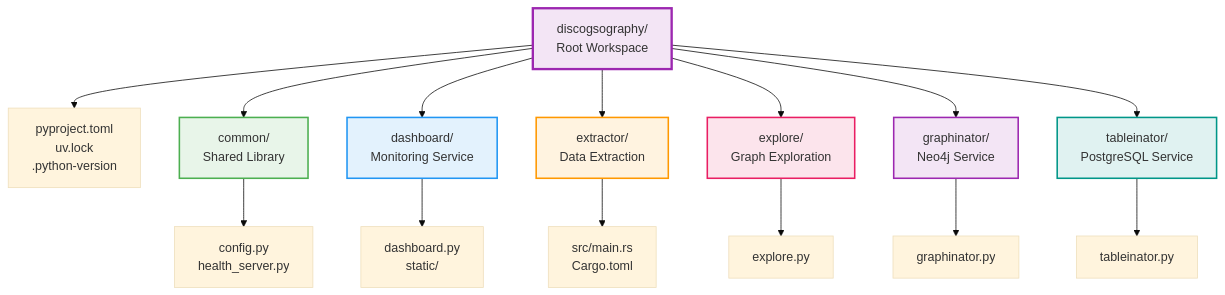
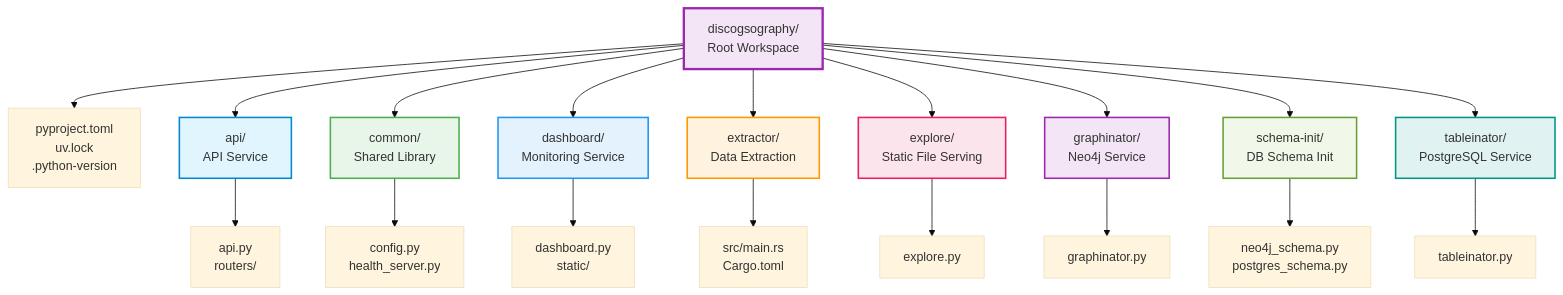
One commit to SimplicityGuy/discogsography changed the diagram in docs/monorepo-guide.md. Above: the diagram before and after it, drawn with Mermaid (base theme). The commit also changed other lines of this file and 37 other files, not shown here.

````diff
--- a/docs/monorepo-guide.md
+++ b/docs/monorepo-guide.md
@@ -12,47 +12,59 @@
 ```mermaid
 graph TD
     Root[discogsography/<br/>Root Workspace]
 
     RootFiles[pyproject.toml<br/>uv.lock<br/>.python-version]
+
+    API[api/<br/>API Service]
+    APIFiles[api.py<br/>routers/]
 
     Common[common/<br/>Shared Library]
     CommonFiles[config.py<br/>health_server.py]
 
     Dashboard[dashboard/<br/>Monitoring Service]
     DashFiles[dashboard.py<br/>static/]
 
     Extractor[extractor/<br/>Data Extraction]
     ExtractorFiles[src/main.rs<br/>Cargo.toml]
 
-    Explore[explore/<br/>Graph Exploration]
+    Explore[explore/<br/>Static File Serving]
     ExploreFiles[explore.py]
 
     Graphinator[graphinator/<br/>Neo4j Service]
     GraphFiles[graphinator.py]
 
+    SchemaInit[schema-init/<br/>DB Schema Init]
+    SchemaFiles[neo4j_schema.py<br/>postgres_schema.py]
+
     Tableinator[tableinator/<br/>PostgreSQL Service]
     TableFiles[tableinator.py]
 
     Root --> RootFiles
+    Root --> API
     Root --> Common
     Root --> Dashboard
     Root --> Extractor
     Root --> Explore
     Root --> Graphinator
+    Root --> SchemaInit
     Root --> Tableinator
 
+    API --> APIFiles
     Common --> CommonFiles
     Dashboard --> DashFiles
     Extractor --> ExtractorFiles
     Explore --> ExploreFiles
     Graphinator --> GraphFiles
+    SchemaInit --> SchemaFiles
     Tableinator --> TableFiles
 
     style Root fill:#f3e5f5,stroke:#9c27b0,stroke-width:3px
+    style API fill:#e1f5fe,stroke:#0288d1,stroke-width:2px
     style Common fill:#e8f5e9,stroke:#4caf50,stroke-width:2px
     style Dashboard fill:#e3f2fd,stroke:#2196f3,stroke-width:2px
     style Extractor fill:#fff3e0,stroke:#ff9800,stroke-width:2px
     style Explore fill:#fce4ec,stroke:#e91e63,stroke-width:2px
     style Graphinator fill:#f3e5f5,stroke:#9c27b0,stroke-width:2px
+    style SchemaInit fill:#f1f8e9,stroke:#689f38,stroke-width:2px
     style Tableinator fill:#e0f2f1,stroke:#009688,stroke-width:2px
 ```
````
